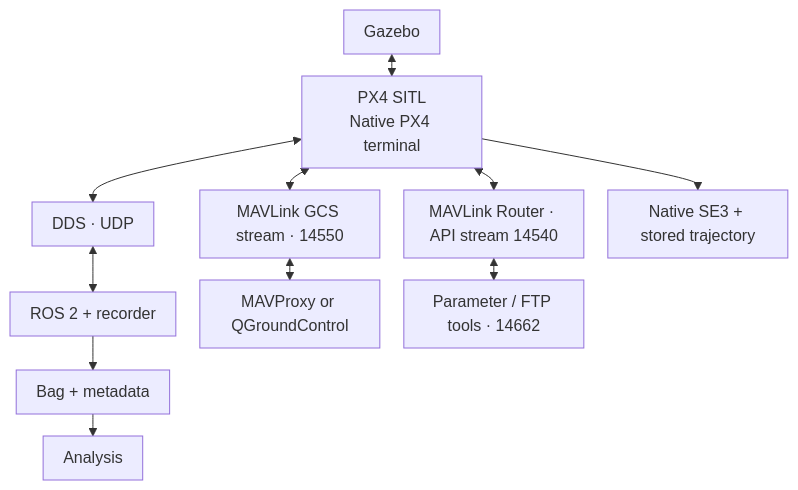
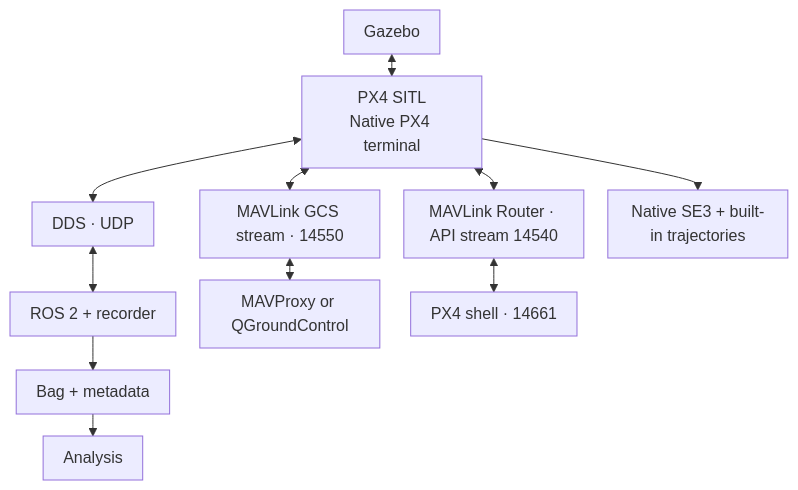
One commit to ANCL/px4-dev-toolkit changed the first of 2 diagrams in docs/reference/architecture.md. Above: the diagram before and after it, drawn with Mermaid. The commit also changed other lines of this file and 44 other files, not shown here.

````diff
--- a/docs/reference/architecture.md
+++ b/docs/reference/architecture.md
@@ -14,22 +14,22 @@
 ```mermaid
 ---
 config:
   flowchart:
     useMaxWidth: true
     wrappingWidth: 140
     padding: 10
     rankSpacing: 22
     nodeSpacing: 24
 ---
 flowchart TB
     G["Gazebo"] <--> P["PX4 SITL<br/>Native PX4 terminal"]
     P <--> X["DDS · UDP"]
     X <--> R["ROS 2 + recorder"]
     P <--> M["MAVLink GCS stream · 14550"]
     M <--> GCS["MAVProxy or QGroundControl"]
     P <--> MR["MAVLink Router · API stream 14540"]
-    MR <--> CLI["Parameter / FTP tools · 14662"]
-    P --> N["Native SE3 + stored trajectory"]
+    MR <--> CLI["PX4 shell · 14661"]
+    P --> N["Native SE3 + built-in trajectories"]
     R --> B["Bag + metadata"]
     B --> A["Analysis"]
 ```
````
